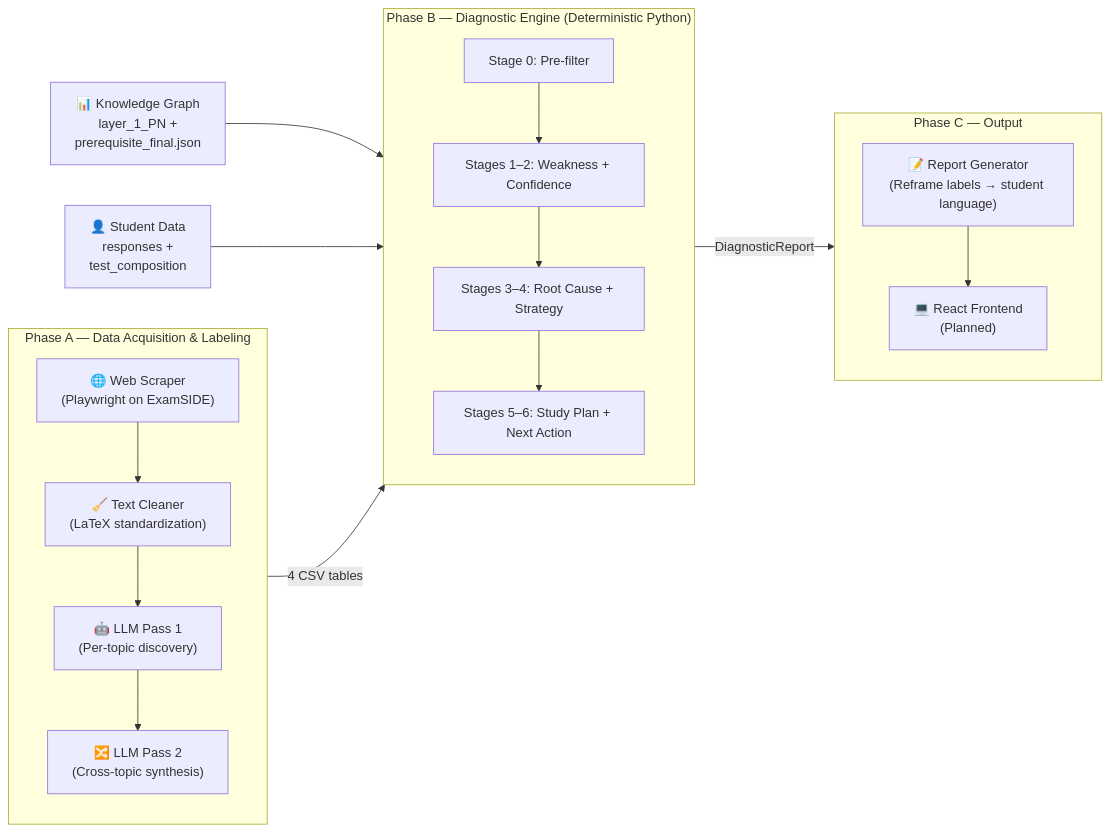
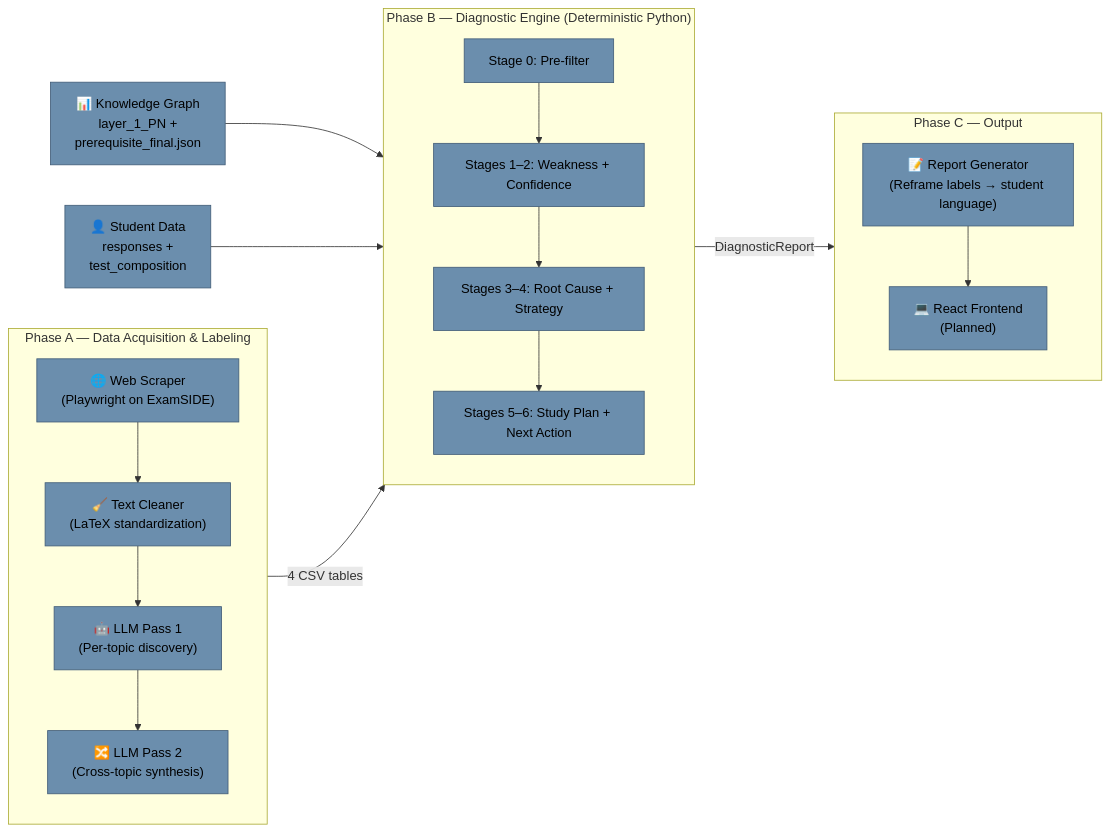
Before and after one commit to devangi-08/LECO: the first of 5 diagrams in ARCHITECTURE.md, drawn with Mermaid. The commit also changed other lines of this file, not shown here.

````diff
--- a/ARCHITECTURE.md
+++ b/ARCHITECTURE.md
@@ -9,32 +9,34 @@
 ```mermaid
 flowchart LR
+    classDef cobalt fill:#6B8EAD,stroke:#415C77,color:#000000
+
     subgraph PA["Phase A — Data Acquisition & Labeling"]
         direction TB
-        A1["🌐 Web Scraper\n(Playwright on ExamSIDE)"]
-        A2["🧹 Text Cleaner\n(LaTeX standardization)"]
-        A3["🤖 LLM Pass 1\n(Per-topic discovery)"]
-        A4["🔀 LLM Pass 2\n(Cross-topic synthesis)"]
+        A1["🌐 Web Scraper\n(Playwright on ExamSIDE)"]:::cobalt
+        A2["🧹 Text Cleaner\n(LaTeX standardization)"]:::cobalt
+        A3["🤖 LLM Pass 1\n(Per-topic discovery)"]:::cobalt
+        A4["🔀 LLM Pass 2\n(Cross-topic synthesis)"]:::cobalt
         A1 --> A2 --> A3 --> A4
     end
 
     subgraph PB["Phase B — Diagnostic Engine (Deterministic Python)"]
         direction TB
-        B0["Stage 0: Pre-filter"]
-        B12["Stages 1–2: Weakness + Confidence"]
-        B34["Stages 3–4: Root Cause + Strategy"]
-        B56["Stages 5–6: Study Plan + Next Action"]
+        B0["Stage 0: Pre-filter"]:::cobalt
+        B12["Stages 1–2: Weakness + Confidence"]:::cobalt
+        B34["Stages 3–4: Root Cause + Strategy"]:::cobalt
+        B56["Stages 5–6: Study Plan + Next Action"]:::cobalt
         B0 --> B12 --> B34 --> B56
     end
 
     subgraph PC["Phase C — Output"]
         direction TB
-        C1["📝 Report Generator\n(Reframe labels → student language)"]
-        C2["💻 React Frontend\n(Planned)"]
+        C1["📝 Report Generator\n(Reframe labels → student language)"]:::cobalt
+        C2["💻 React Frontend\n(Planned)"]:::cobalt
         C1 --> C2
     end
 
     A4 -->|"4 CSV tables"| PB
-    KG["📊 Knowledge Graph\nlayer_1_PN +\nprerequisite_final.json"] --> PB
-    ST["👤 Student Data\nresponses +\ntest_composition"] --> PB
+    KG["📊 Knowledge Graph\nlayer_1_PN +\nprerequisite_final.json"]:::cobalt --> PB
+    ST["👤 Student Data\nresponses +\ntest_composition"]:::cobalt --> PB
     PB -->|"DiagnosticReport"| PC
 ```
````
